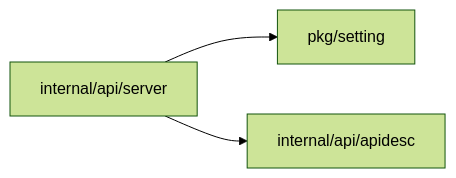
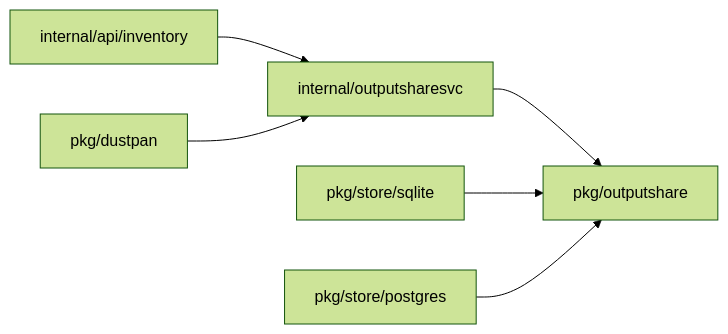
One commit to OpenDustpan/OpenDustpan changed the second of 3 diagrams in openspec/changes/add-output-sharing-setting-new/design.md. Above: the diagram before and after it, drawn with Mermaid (forest theme). The commit also changed other lines of this file and 3 other files, not shown here.

First line of the commit message:
openspec: rewrite add-output-sharing-setting-new to specify only the rule store, routes and new-unit rule

````diff
--- a/openspec/changes/add-output-sharing-setting-new/design.md
+++ b/openspec/changes/add-output-sharing-setting-new/design.md
@@ -33,8 +60,8 @@
 ```mermaid
 flowchart LR
-P1[pkg/setting]
-P2[internal/api/apidesc]
-P3[internal/api/server]
-P3 --> P1
-P3 --> P2
+H[internal/api/inventory] --> V[internal/outputsharesvc]
+V --> P[pkg/outputshare]
+SQ[pkg/store/sqlite] --> P
+PG[pkg/store/postgres] --> P
+D[pkg/dustpan] --> V
 ```
````
